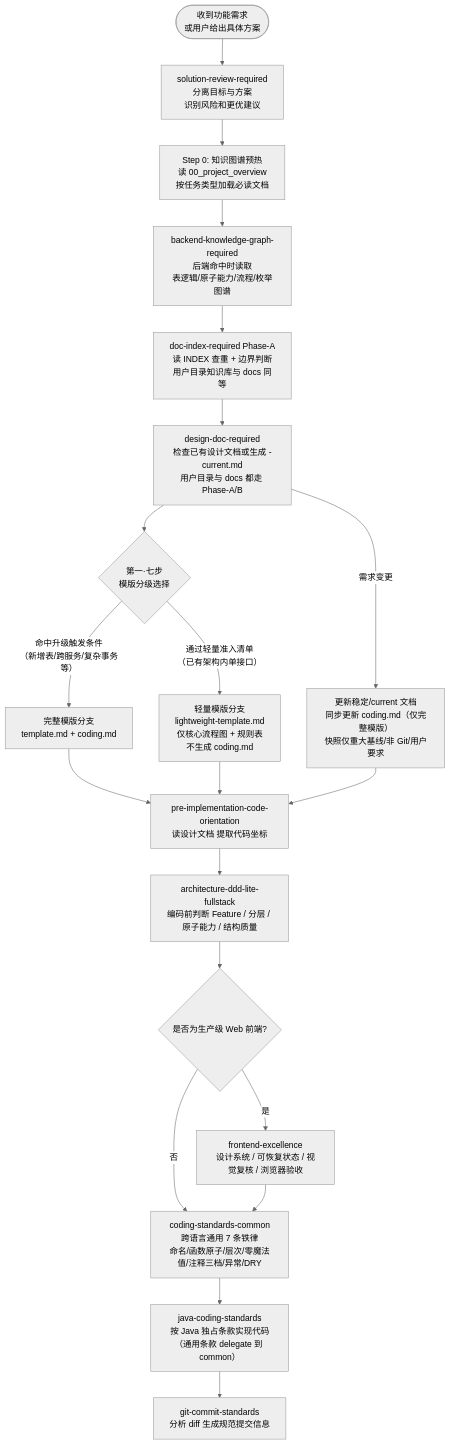
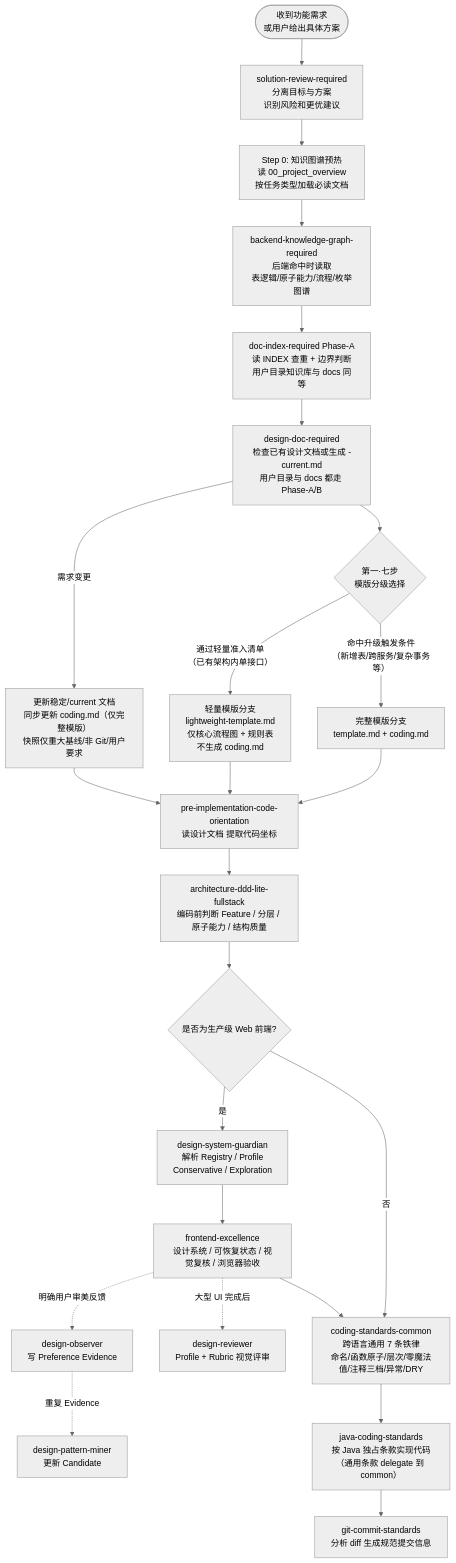
One commit to exception-coder/team-standards changed the second of 5 diagrams in docs/skill-flow.md. Above: the diagram before and after it, drawn with Mermaid (neutral theme). The commit also changed other lines of this file and 48 other files, not shown here.

````diff
--- a/docs/skill-flow.md
+++ b/docs/skill-flow.md
@@ -147,25 +163,29 @@
 ```mermaid
 flowchart TD
     START(["收到功能需求\n或用户给出具体方案"]) --> SRR["solution-review-required\n分离目标与方案\n识别风险和更优建议"]
     SRR --> CTX["Step 0: 知识图谱预热\n读 00_project_overview\n按任务类型加载必读文档"]
     CTX --> BKG["backend-knowledge-graph-required\n后端命中时读取\n表逻辑/原子能力/流程/枚举图谱"]
     BKG --> DOP["doc-index-required Phase-A\n读 INDEX 查重 + 边界判断\n用户目录知识库与 docs 同等"]
     DOP --> DDR["design-doc-required\n检查已有设计文档或生成 -current.md\n用户目录与 docs 都走 Phase-A/B"]
 
     DDR --> WEIGHT{"第一·七步\n模版分级选择"}
     WEIGHT -- "命中升级触发条件\n（新增表/跨服务/复杂事务等）" --> HEAVY["完整模版分支\ntemplate.md + coding.md"]
     WEIGHT -- "通过轻量准入清单\n（已有架构内单接口）" --> LIGHT["轻量模版分支\nlightweight-template.md\n仅核心流程图 + 规则表\n不生成 coding.md"]
     HEAVY --> ORIENT["pre-implementation-code-orientation\n读设计文档 提取代码坐标"]
     LIGHT --> ORIENT
 
     DDR -- "需求变更" --> NEWVER["更新稳定/current 文档\n同步更新 coding.md（仅完整模版）\n快照仅重大基线/非 Git/用户要求"]
     NEWVER --> ORIENT
 
     ORIENT --> ARCH["architecture-ddd-lite-fullstack\n编码前判断 Feature / 分层 / 原子能力 / 结构质量"]
     ARCH --> WEB{"是否为生产级 Web 前端?"}
-    WEB -- "是" --> FEX["frontend-excellence\n设计系统 / 可恢复状态 / 视觉复核 / 浏览器验收"]
+    WEB -- "是" --> DSG["design-system-guardian\n解析 Registry / Profile\nConservative / Exploration"]
+    DSG --> FEX["frontend-excellence\n设计系统 / 可恢复状态 / 视觉复核 / 浏览器验收"]
     WEB -- "否" --> CSC["coding-standards-common\n跨语言通用 7 条铁律\n命名/函数原子/层次/零魔法值/注释三档/异常/DRY"]
     FEX --> CSC
+    FEX -. "大型 UI 完成后" .-> DRV["design-reviewer\nProfile + Rubric 视觉评审"]
+    FEX -. "明确用户审美反馈" .-> DOR["design-observer\n写 Preference Evidence"]
+    DOR -. "重复 Evidence" .-> DPM["design-pattern-miner\n更新 Candidate"]
     CSC --> CODE["java-coding-standards\n按 Java 独占条款实现代码\n（通用条款 delegate 到 common）"]
     CODE --> COMMIT["git-commit-standards\n分析 diff 生成规范提交信息"]
 ```
````
